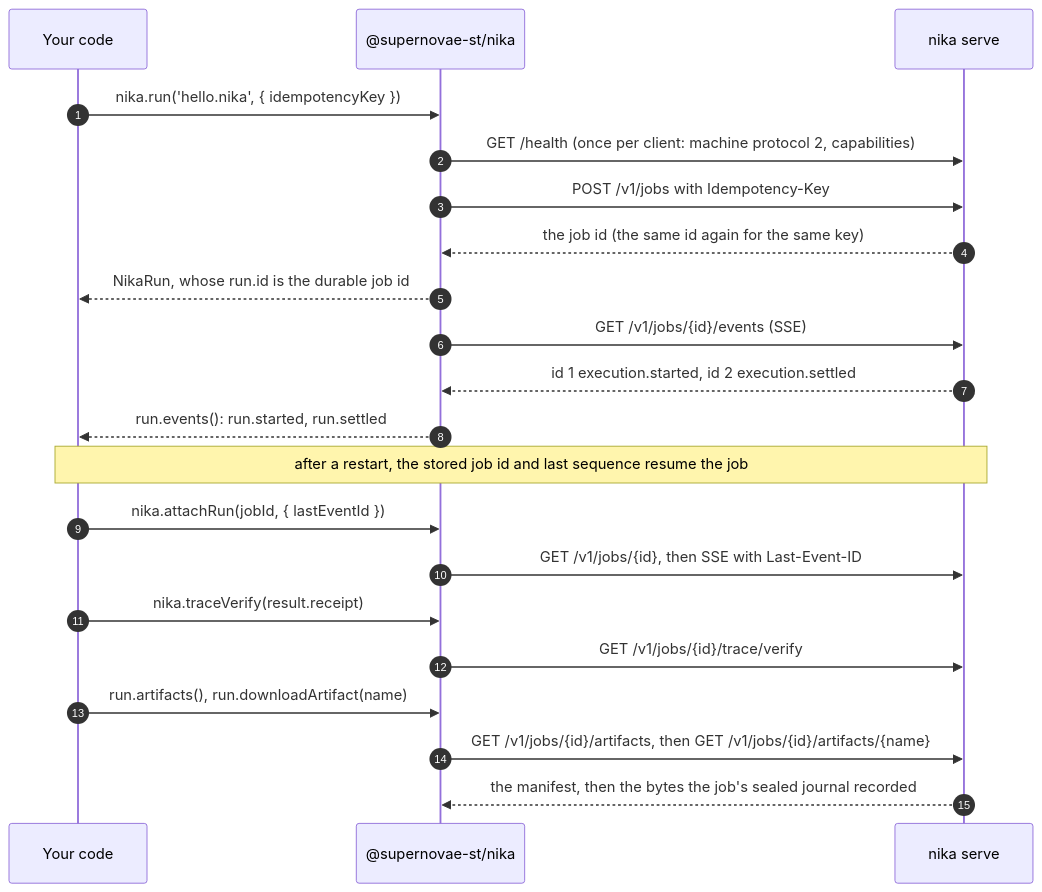
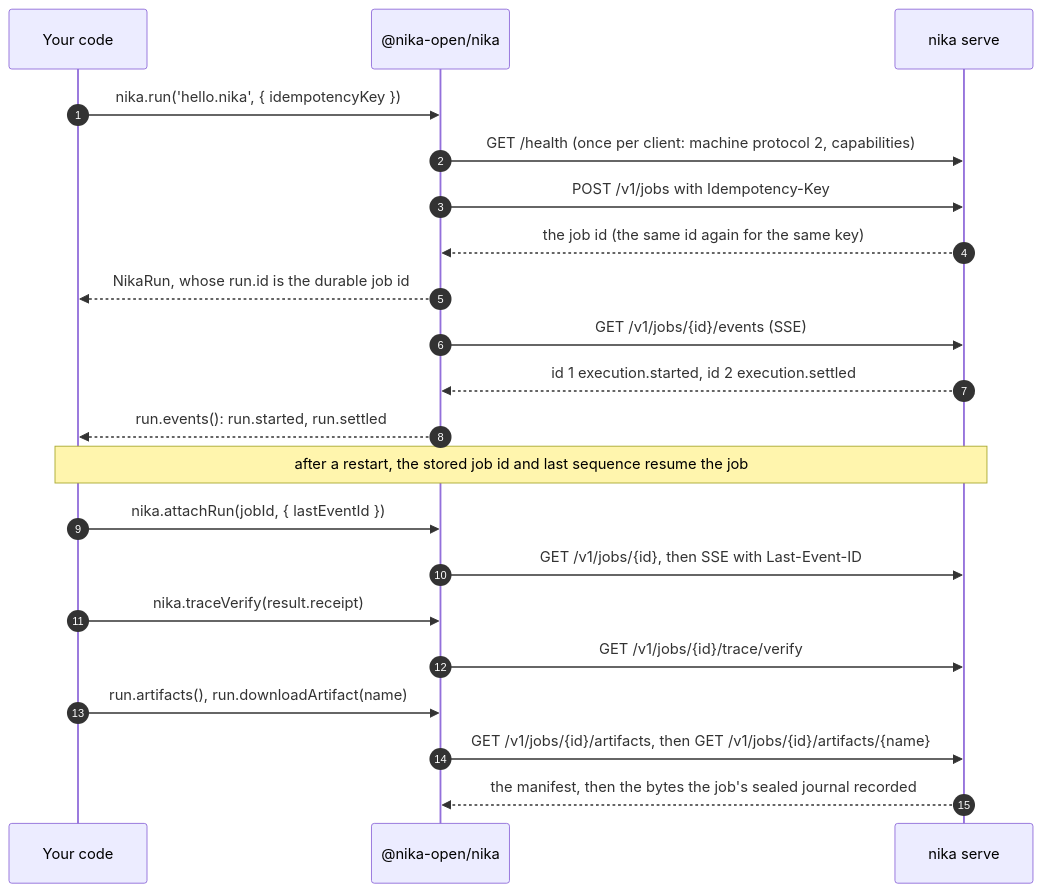
One commit to supernovae-st/nika-client changed the diagram in docs/server.md. Above: the diagram before and after it, drawn with Mermaid. The commit also changed other lines of this file and 87 other files, not shown here.

First line of the commit message:
chore(package): move the sdk and its npm packages to the nika-open organization (#176)

````diff
--- a/docs/server.md
+++ b/docs/server.md
@@ -11,23 +11,23 @@
 ```mermaid
 sequenceDiagram
   autonumber
   participant App as Your code
-  participant SDK as @supernovae-st/nika
+  participant SDK as @nika-open/nika
   participant Serve as nika serve
   App->>SDK: nika.run('hello.nika', { idempotencyKey })
   SDK->>Serve: GET /health (once per client: machine protocol 2, capabilities)
   SDK->>Serve: POST /v1/jobs with Idempotency-Key
   Serve-->>SDK: the job id (the same id again for the same key)
   SDK-->>App: NikaRun, whose run.id is the durable job id
   SDK->>Serve: GET /v1/jobs/{id}/events (SSE)
   Serve-->>SDK: id 1 execution.started, id 2 execution.settled
   SDK-->>App: run.events(): run.started, run.settled
   Note over App,Serve: after a restart, the stored job id and last sequence resume the job
   App->>SDK: nika.attachRun(jobId, { lastEventId })
   SDK->>Serve: GET /v1/jobs/{id}, then SSE with Last-Event-ID
   App->>SDK: nika.traceVerify(result.receipt)
   SDK->>Serve: GET /v1/jobs/{id}/trace/verify
   App->>SDK: run.artifacts(), run.downloadArtifact(name)
   SDK->>Serve: GET /v1/jobs/{id}/artifacts, then GET /v1/jobs/{id}/artifacts/{name}
   Serve-->>SDK: the manifest, then the bytes the job's sealed journal recorded
 ```
````
